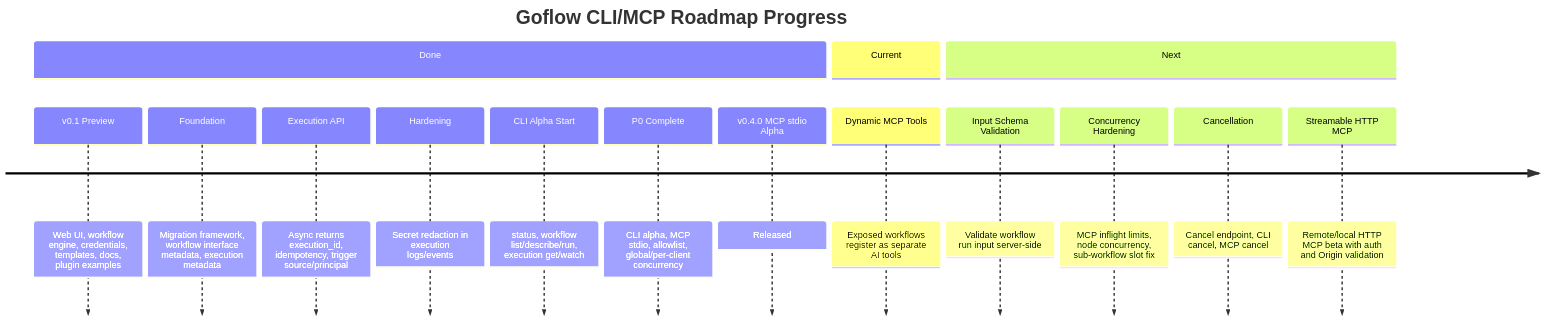
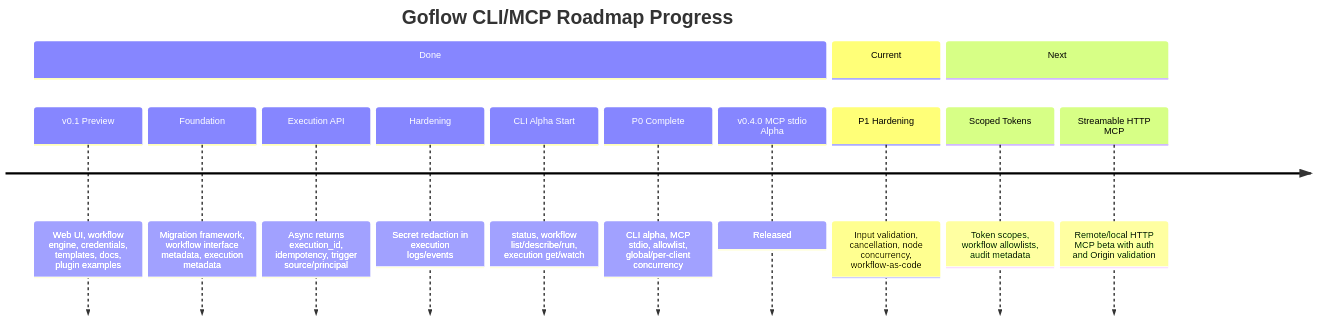
One commit to hstptcn5/Goflow changed the first of 2 diagrams in ROADMAP_PROGRESS.md. Above: the diagram before and after it, drawn with Mermaid. The commit also changed other lines of this file and 22 other files, not shown here.

First line of the commit message:
Input validation, cancellation & node limits

````diff
--- a/ROADMAP_PROGRESS.md
+++ b/ROADMAP_PROGRESS.md
@@ -7,22 +7,20 @@
 ```mermaid
 timeline
     title Goflow CLI/MCP Roadmap Progress
 
     section Done
       v0.1 Preview : Web UI, workflow engine, credentials, templates, docs, plugin examples
       Foundation : Migration framework, workflow interface metadata, execution metadata
       Execution API : Async returns execution_id, idempotency, trigger source/principal
       Hardening : Secret redaction in execution logs/events
       CLI Alpha Start : status, workflow list/describe/run, execution get/watch
       P0 Complete : CLI alpha, MCP stdio, allowlist, global/per-client concurrency
       v0.4.0 MCP stdio Alpha : Released
 
     section Current
-      Dynamic MCP Tools : Exposed workflows register as separate AI tools
+      P1 Hardening : Input validation, cancellation, node concurrency, workflow-as-code
 
     section Next
-      Input Schema Validation : Validate workflow run input server-side
-      Concurrency Hardening : MCP inflight limits, node concurrency, sub-workflow slot fix
-      Cancellation : Cancel endpoint, CLI cancel, MCP cancel
+      Scoped Tokens : Token scopes, workflow allowlists, audit metadata
       Streamable HTTP MCP : Remote/local HTTP MCP beta with auth and Origin validation
 ```
````
